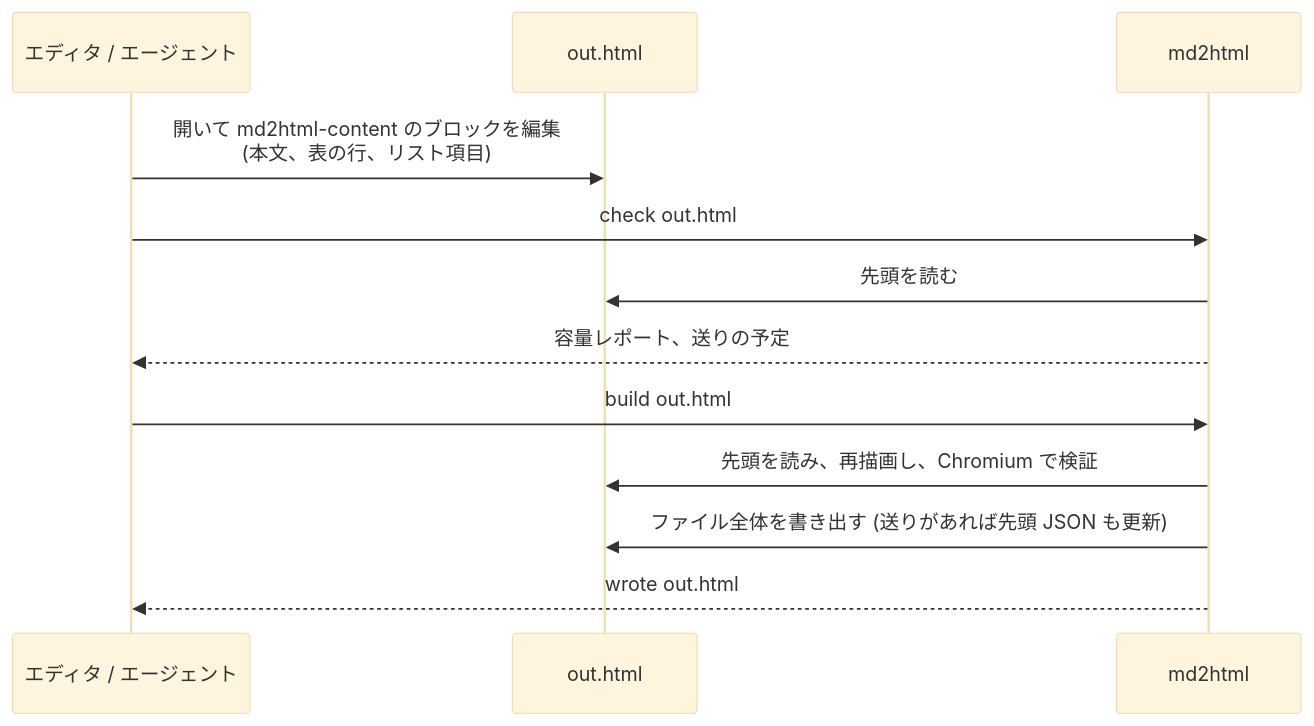
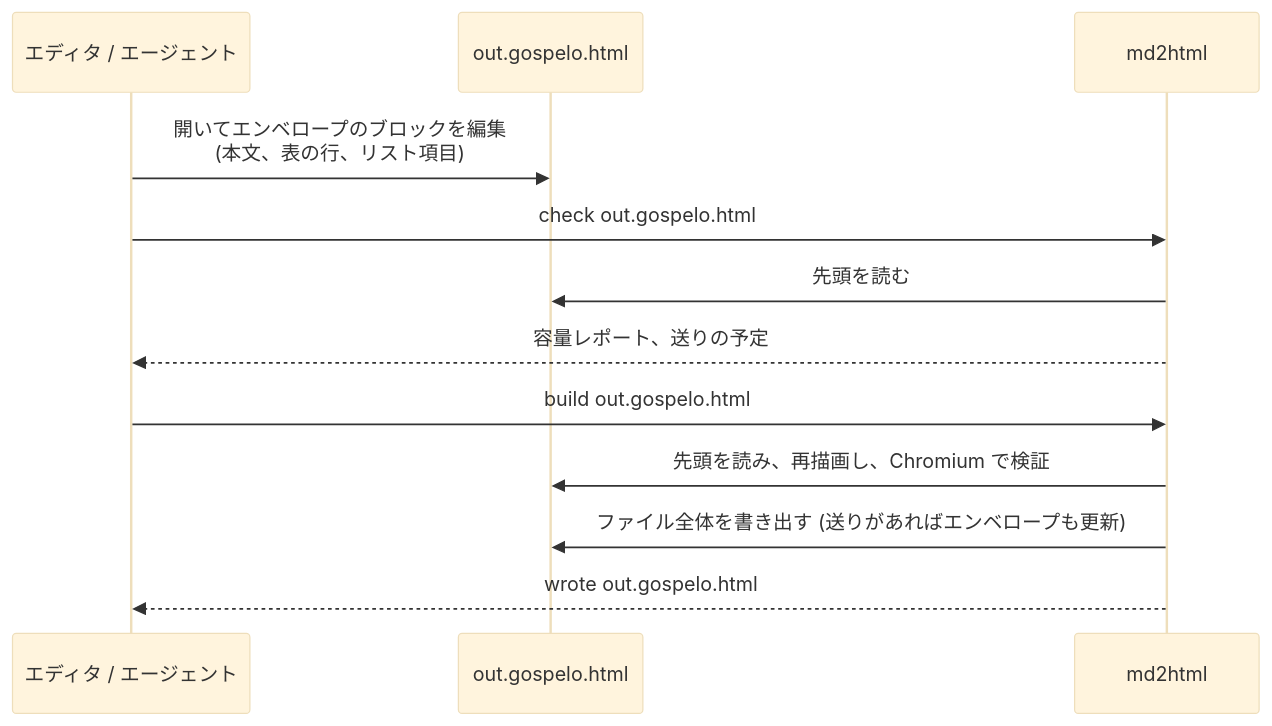
Before and after one commit to gospelo-dev/md2html: the fifth of 5 diagrams in docs/ARCHITECTURE_ja.md, drawn with Mermaid (base theme). The commit also changed other lines of this file and 21 other files, not shown here.

````diff
--- a/docs/ARCHITECTURE_ja.md
+++ b/docs/ARCHITECTURE_ja.md
@@ -163,15 +159,15 @@
 ```mermaid
 sequenceDiagram
     participant A as エディタ / エージェント
-    participant H as out.html
+    participant H as out.gospelo.html
     participant T as md2html
 
-    A->>H: 開いて md2html-content のブロックを編集<br/>(本文、表の行、リスト項目)
-    A->>T: check out.html
+    A->>H: 開いてエンベロープのブロックを編集<br/>(本文、表の行、リスト項目)
+    A->>T: check out.gospelo.html
     T->>H: 先頭を読む
     T-->>A: 容量レポート、送りの予定
-    A->>T: build out.html
+    A->>T: build out.gospelo.html
     T->>H: 先頭を読み、再描画し、Chromium で検証
-    T->>H: ファイル全体を書き出す (送りがあれば先頭 JSON も更新)
-    T-->>A: wrote out.html
+    T->>H: ファイル全体を書き出す (送りがあればエンベロープも更新)
+    T-->>A: wrote out.gospelo.html
 ```
````
